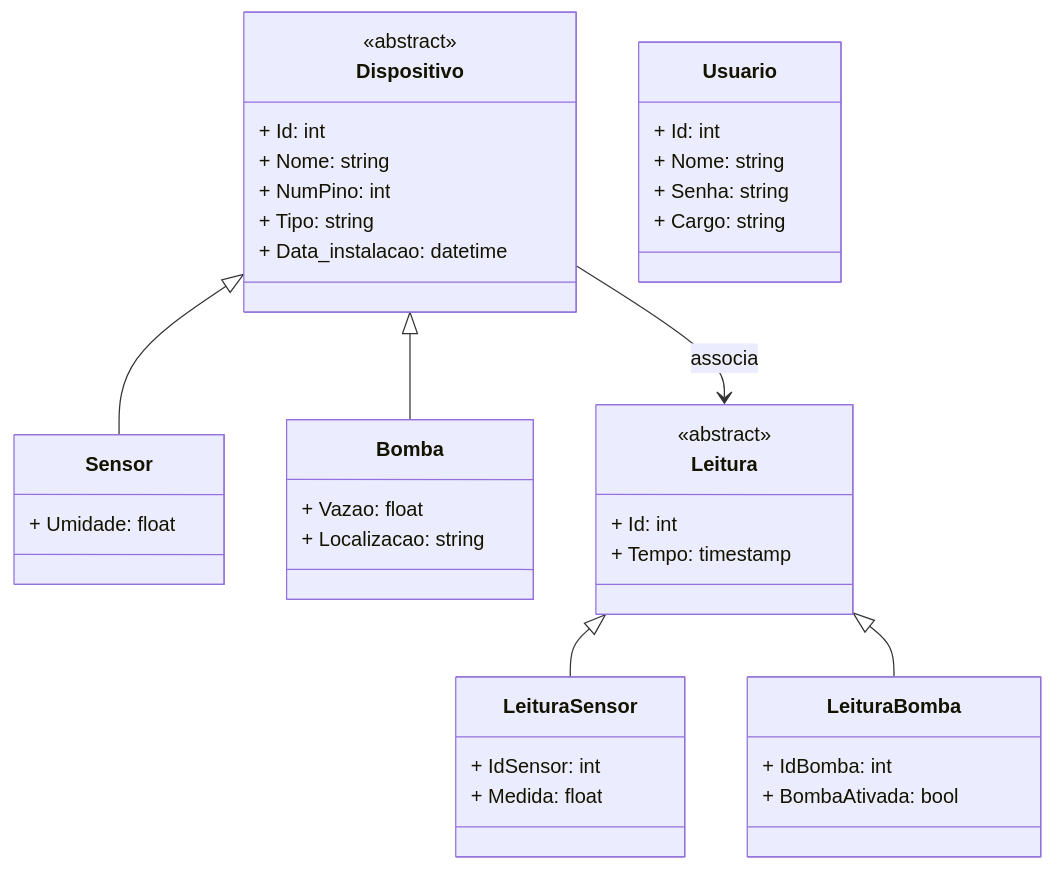
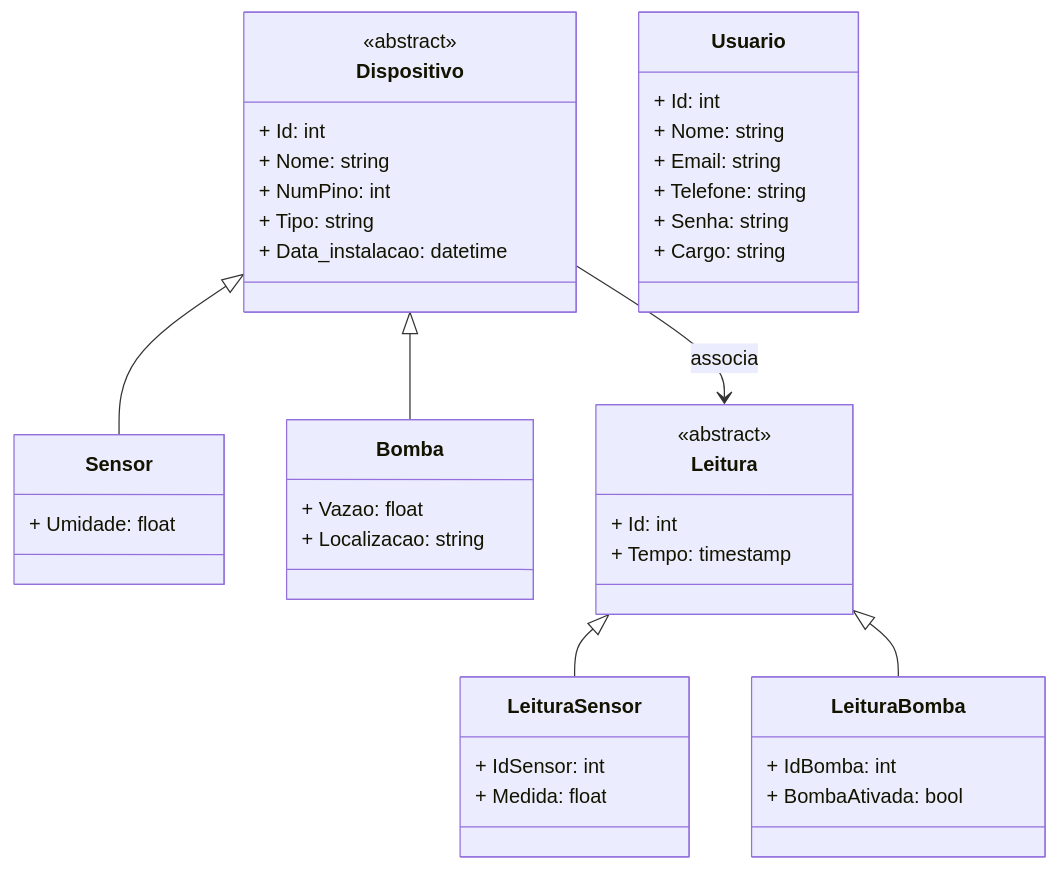
One commit to Giovani-RodriguesS/projeto_iot changed the diagram in docs/diagrama-uml.md. Above: the diagram before and after it, drawn with Mermaid.

Commit message:
Update diagrama-uml.md
user class fixed

````diff
--- a/docs/diagrama-uml.md
+++ b/docs/diagrama-uml.md
@@ -1,50 +1,52 @@
 ```mermaid
 classDiagram
     class Dispositivo {
         <<abstract>>
         + Id: int
         + Nome: string
         + NumPino: int
         + Tipo: string
         + Data_instalacao: datetime
     }
     class Usuario {
         + Id: int
         + Nome: string
+        + Email: string
+        + Telefone: string
         + Senha: string
         + Cargo: string
     }
 
 
     class Sensor {
         + Umidade: float
     }
     class Bomba {
         + Vazao: float
         + Localizacao: string
 
     }
     class Leitura {
         <<abstract>>
         + Id: int
         + Tempo: timestamp
     }
     class LeituraBomba {
         + IdBomba: int
         + BombaAtivada: bool
     }
     class LeituraSensor {
         + IdSensor: int
         + Medida: float
     }
 
     Usuario
     
     Dispositivo  <|-- Sensor
     Dispositivo <|-- Bomba
 
     Leitura <|-- LeituraSensor
     Leitura <|-- LeituraBomba
 
     Dispositivo --> Leitura : associa
 ```
````
